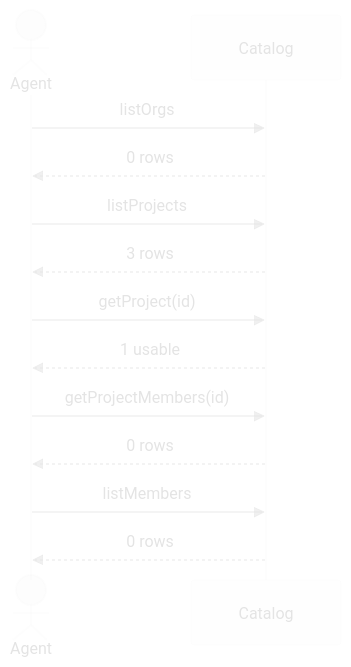
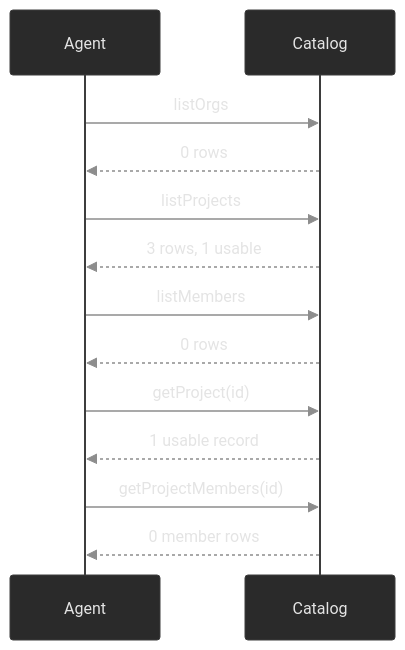
Before and after one commit to mrzmyr/agent-plugin: the sixth of 10 diagrams in skills/create-mermaid/README.md, drawn with Mermaid. The commit also changed other lines of this file, not shown here.

First line of the commit message:
Keep without/with mermaid pairs on the same snapshot.

````diff
--- a/skills/create-mermaid/README.md
+++ b/skills/create-mermaid/README.md
@@ -127,16 +142,16 @@
 ```mermaid
-%%{init: {'theme': 'base', 'themeVariables': {'primaryColor': '#181818', 'primaryTextColor': '#E4E4E4', 'primaryBorderColor': '#E4E4E433', 'lineColor': '#E4E4E48D', 'secondaryColor': '#141414', 'tertiaryColor': '#E4E4E411', 'actorBkg': '#E4E4E411', 'actorBorder': '#E4E4E414', 'actorTextColor': '#E4E4E4', 'signalColor': '#E4E4E48D', 'signalTextColor': '#E4E4E4'}}}%%
+%%{init: {'theme': 'base', 'themeVariables': {'primaryColor': '#181818', 'primaryTextColor': '#E4E4E4', 'primaryBorderColor': '#E4E4E433', 'lineColor': '#E4E4E48D', 'secondaryColor': '#141414', 'tertiaryColor': '#E4E4E411', 'actorBkg': '#2a2a2a', 'actorBorder': '#3d3d3d', 'actorTextColor': '#E4E4E4', 'signalColor': '#8d8d8d', 'signalTextColor': '#E4E4E4'}}}%%
 sequenceDiagram
-  actor Agent
+  participant Agent
   participant Catalog
   Agent->>Catalog: listOrgs
   Catalog-->>Agent: 0 rows
   Agent->>Catalog: listProjects
-  Catalog-->>Agent: 3 rows
-  Agent->>Catalog: getProject(id)
-  Catalog-->>Agent: 1 usable
-  Agent->>Catalog: getProjectMembers(id)
-  Catalog-->>Agent: 0 rows
+  Catalog-->>Agent: 3 rows, 1 usable
   Agent->>Catalog: listMembers
   Catalog-->>Agent: 0 rows
+  Agent->>Catalog: getProject(id)
+  Catalog-->>Agent: 1 usable record
+  Agent->>Catalog: getProjectMembers(id)
+  Catalog-->>Agent: 0 member rows
 ```
````
